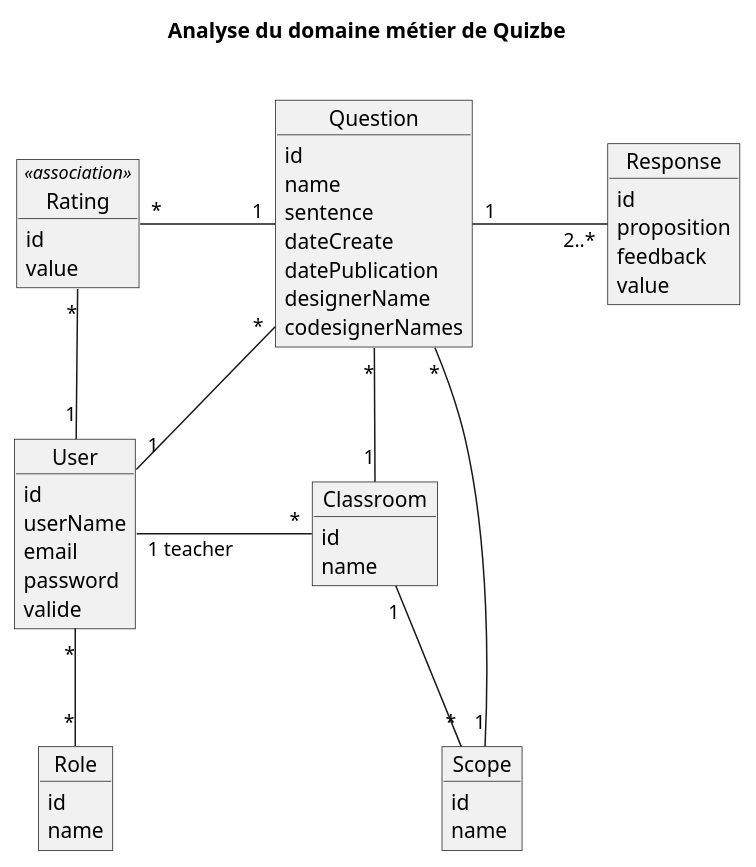
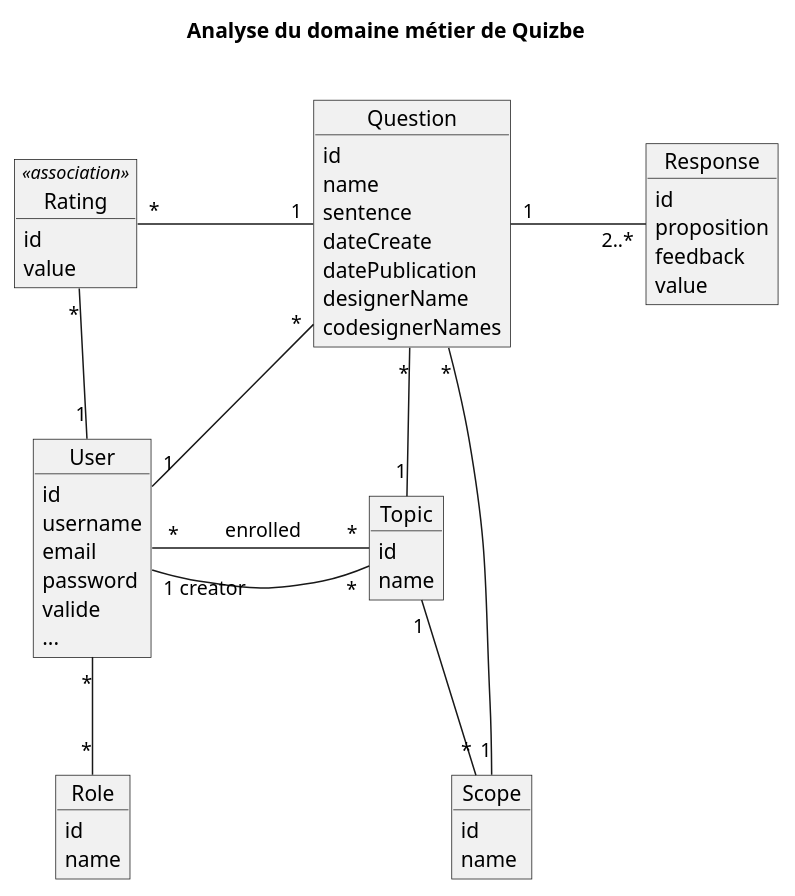
One commit to ocapuozzo/quizbe changed the diagram in docs/analyse.puml. Above: the diagram before and after it, drawn with PlantUML. The commit also changed 17 other files, not shown here.

Commit message:
befor refactore classroom -> topic

```diff
--- a/docs/analyse.puml
+++ b/docs/analyse.puml
@@ -1,61 +1,63 @@
 @startuml
 ' https://plantuml.com/fr/class-diagram
 title Analyse du domaine métier de Quizbe\n
 
 Object Scope {
 id
 name
 }
 
-Object Classroom {
+Object Topic {
 id
 name
 }
 
 Object Response {
 id
 proposition
 feedback
 value
 }
 
 Object Rating <<association>>{
 id
 value
 }
 
 Object Question{
 id
 name
 sentence
 dateCreate
 datePublication
 designerName
 codesignerNames
 }
 
 Object User{
 id
-userName
+username
 email
 password
 valide
+...
 }
 
 Object Role {
 id
 name
 }
 
 
 User "*" -- "*" Role:"\t\t\t\t"
-User "1 teacher" - "*" Classroom:"\t\t\t"
+User "1 creator" - "*" Topic:"\t\t\t"
+User " *" - "*" Topic:" \t enrolled\t\t"
 Question "1" - "2..*" Response:"\t\t"
 Question "*" -- "1" Scope
-Question "*" -- "1" Classroom
+Question "*" -- "1" Topic
 Question "*" -- "1" User
-Rating "*" - "1" Question:"\t\t"
+Rating "*" - "1" Question:"\t\t\t"
 Rating "*" -- "1" User
-Classroom "1" -- "*" Scope
+Topic "1" -- "*" Scope
 
 @enduml
```
